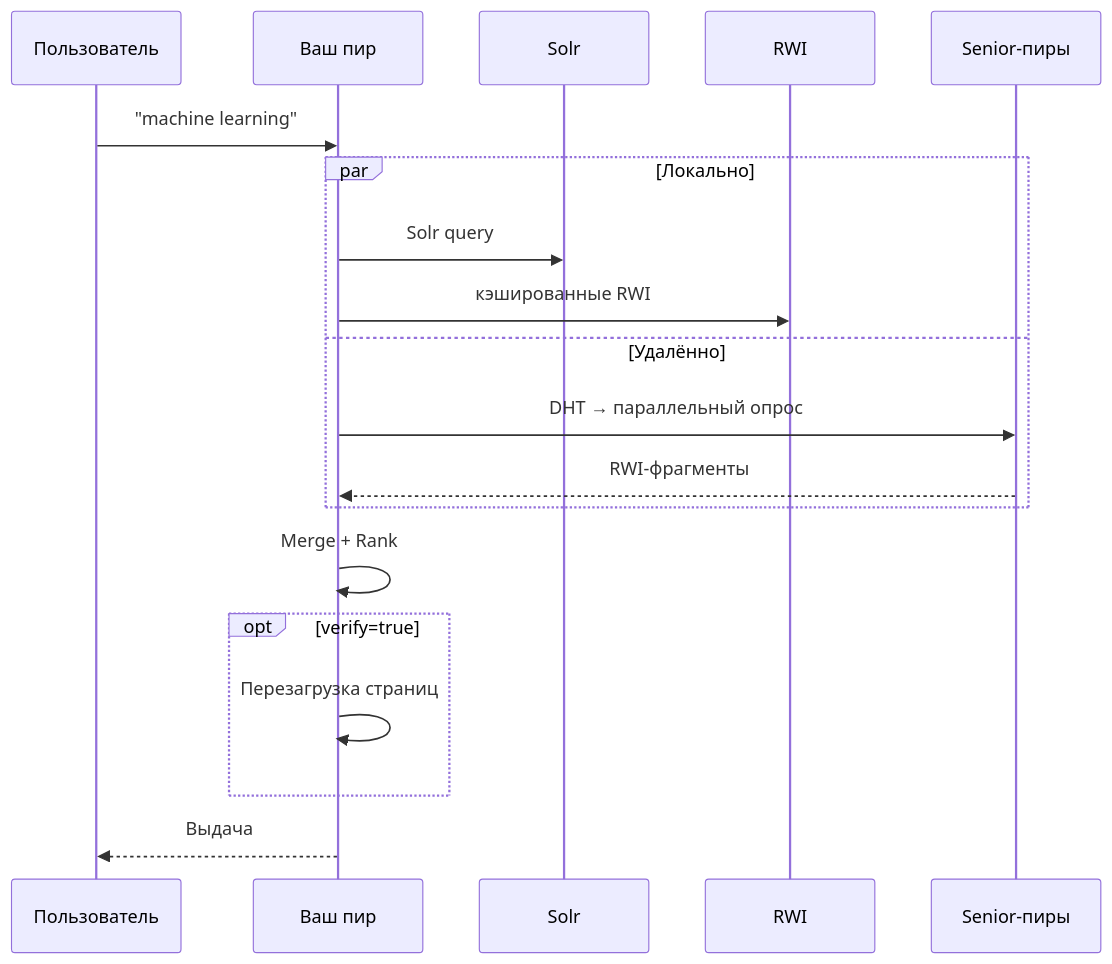
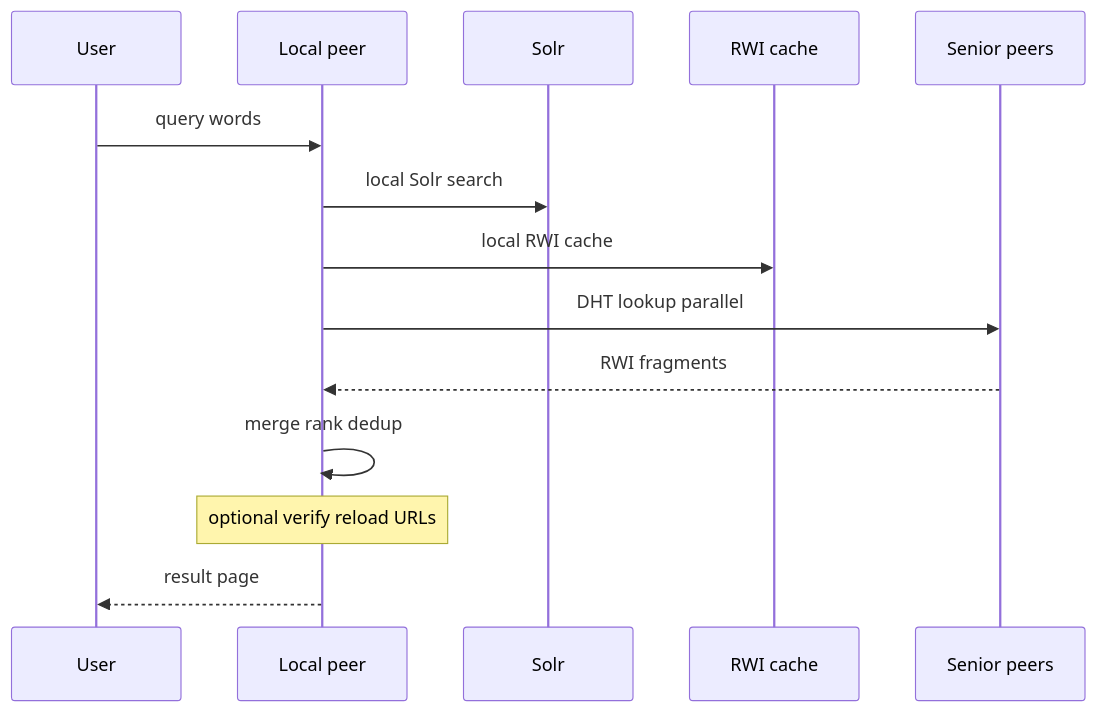
Before and after one commit to evgeniy-borisov/vairl: the fifth of 5 diagrams in _posts/2026-07-05-yacy-decentralized-search-engine-ru.md, drawn with Mermaid. The commit also changed other lines of this file and 4 other files, not shown here.

Commit message:
Подключить Mermaid на блоге и расширить разбор YaCy про DHT, RWI и P2P.

````diff
--- a/_posts/2026-07-05-yacy-decentralized-search-engine-ru.md
+++ b/_posts/2026-07-05-yacy-decentralized-search-engine-ru.md
@@ -232,22 +424,17 @@
 ```mermaid
 sequenceDiagram
-    participant U as Пользователь
-    participant L as Ваш пир
+    participant U as User
+    participant L as Local peer
     participant S as Solr
-    participant K as RWI
-    participant P as Senior-пиры
+    participant K as RWI cache
+    participant P as Senior peers
 
-    U->>L: "machine learning"
-    par Локально
-        L->>S: Solr query
-        L->>K: кэшированные RWI
-    and Удалённо
-        L->>P: DHT → параллельный опрос
-        P-->>L: RWI-фрагменты
-    end
-    L->>L: Merge + Rank
-    opt verify=true
-        L->>L: Перезагрузка страниц
-    end
-    L-->>U: Выдача
+    U->>L: query words
+    L->>S: local Solr search
+    L->>K: local RWI cache
+    L->>P: DHT lookup parallel
+    P-->>L: RWI fragments
+    L->>L: merge rank dedup
+    Note over L: optional verify reload URLs
+    L-->>U: result page
 ```
````
